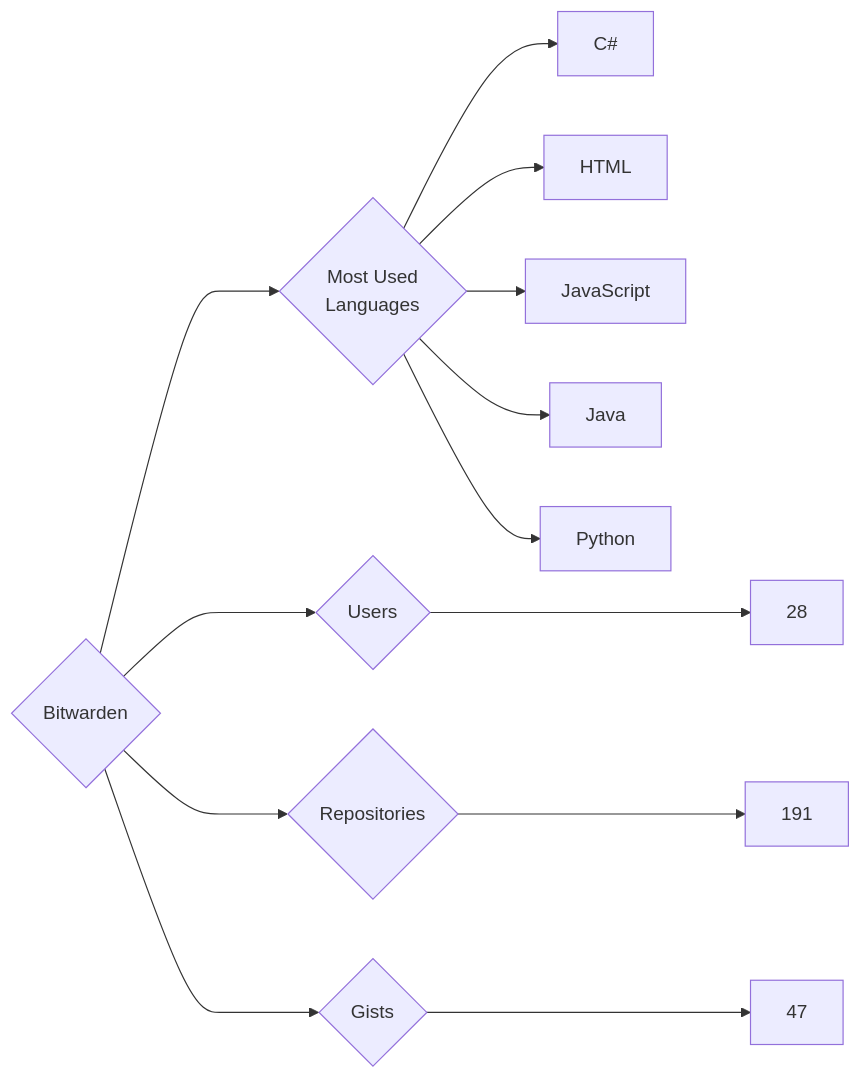
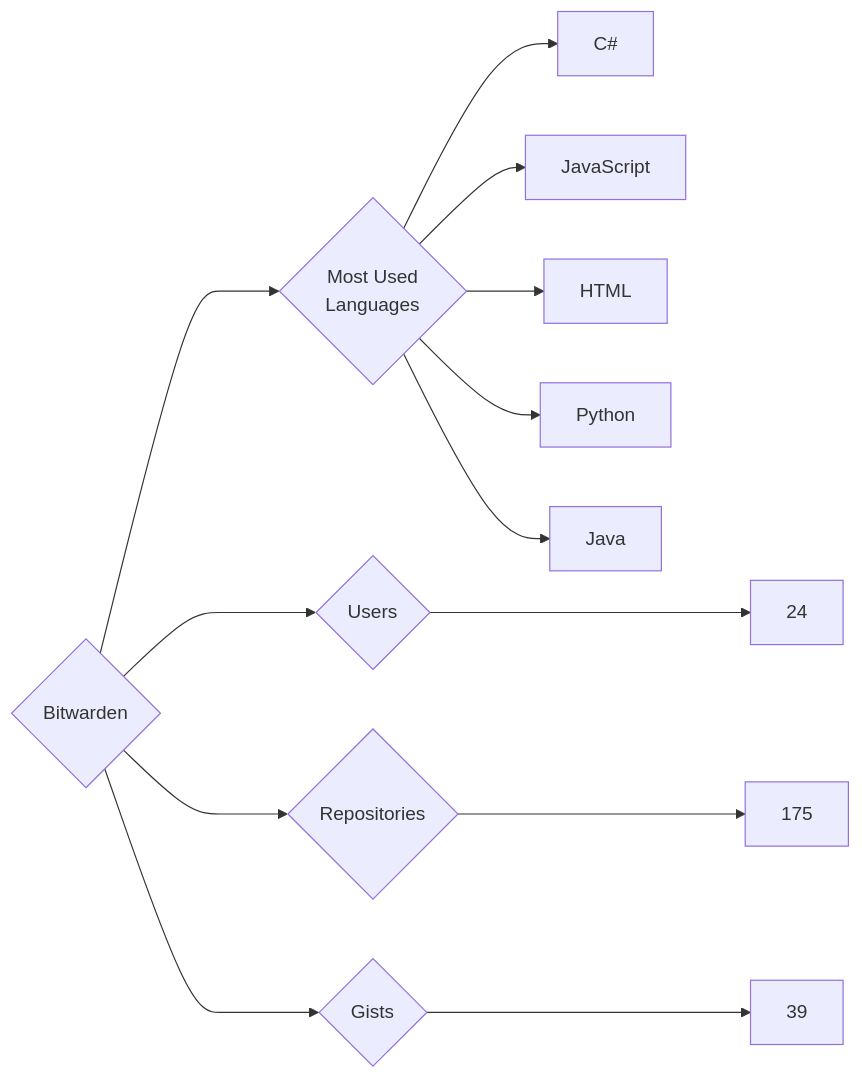
Before and after one commit to trickest/insiders: the diagram in targets/Bitwarden/README.md, drawn with Mermaid. The commit also changed 916 other files, not shown here.

````diff
--- a/targets/Bitwarden/README.md
+++ b/targets/Bitwarden/README.md
@@ -3,13 +3,13 @@
 ```mermaid
 graph LR
 COMPANY_NAME{Bitwarden}
-COMPANY_NAME ---> U{Users} ---> UN[28]
-COMPANY_NAME ---> R{Repositories} ---> RN[191]
-COMPANY_NAME ---> G{Gists} ---> GN[47]
+COMPANY_NAME ---> U{Users} ---> UN[24]
+COMPANY_NAME ---> R{Repositories} ---> RN[175]
+COMPANY_NAME ---> G{Gists} ---> GN[39]
 COMPANY_NAME ---> ML{Most Used<br>Languages}
 ML --> C#[C#]
+ML --> JavaScript[JavaScript]
 ML --> HTML[HTML]
-ML --> JavaScript[JavaScript]
+ML --> Python[Python]
 ML --> Java[Java]
-ML --> Python[Python]
 ```
````
